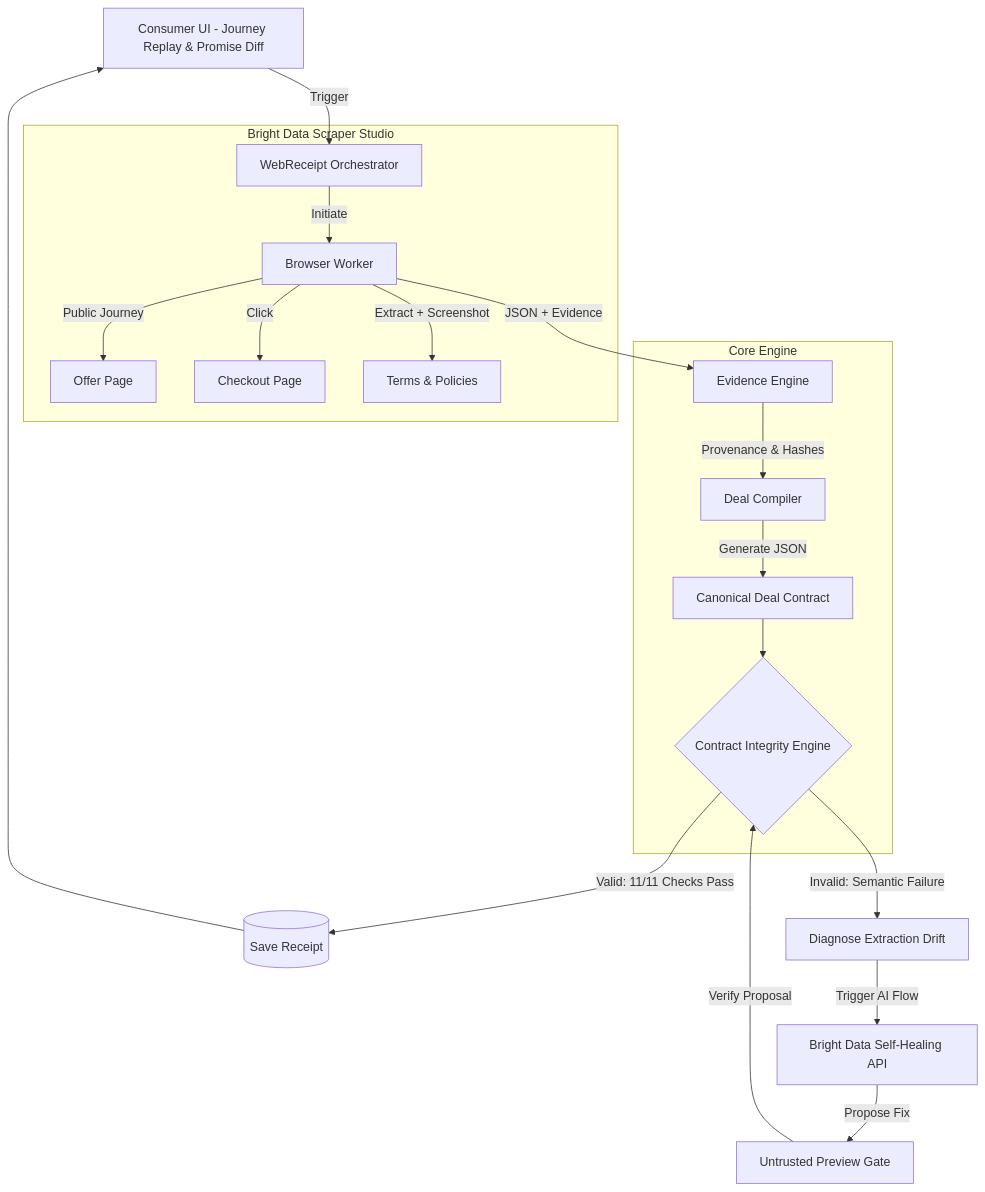
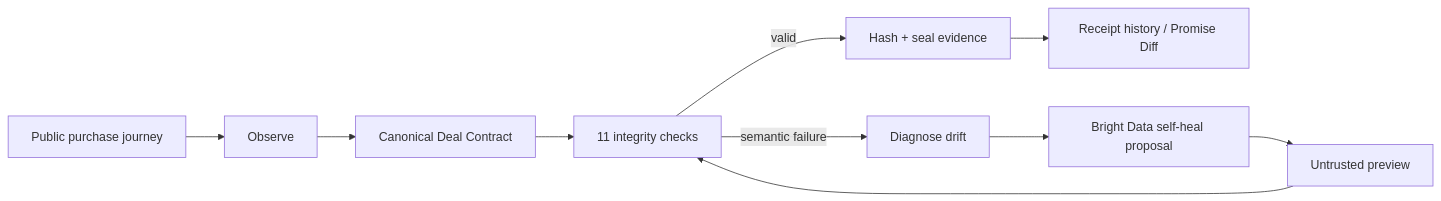
The diagram in README.md (SaiKrishna181707/webReceipt), drawn with Mermaid before and after one commit. The commit also changed other lines of this file and 3 other files, not shown here.

````diff
--- a/README.md
+++ b/README.md
@@ -17,27 +141,13 @@
 ```mermaid
-graph TD
-    UI[Consumer UI - Journey Replay & Promise Diff] --> |Trigger| ORCH[WebReceipt Orchestrator]
+flowchart LR
+    A[Public purchase journey] --> B[Observe]
+    B --> C[Canonical Deal Contract]
+    C --> D[11 integrity checks]
+    D -->|valid| E[Hash + seal evidence]
+    E --> F[Receipt history / Promise Diff]
 
-    subgraph Bright Data Scraper Studio
-        ORCH --> |Initiate| BD_BW[Browser Worker]
-        BD_BW --> |Public Journey| WEB_1[Offer Page]
-        BD_BW --> |Click| WEB_2[Checkout Page]
-        BD_BW --> |Extract + Screenshot| WEB_3[Terms & Policies]
-    end
-
-    BD_BW --> |JSON + Evidence| EV_ENG[Evidence Engine]
-
-    subgraph Core Engine
-        EV_ENG --> |Provenance & Hashes| COMPILER[Deal Compiler]
-        COMPILER --> |Generate JSON| CONTRACT[Canonical Deal Contract]
-        CONTRACT --> INTEGRITY{Contract Integrity Engine}
-    end
-
-    INTEGRITY --> |Valid: 11/11 Checks Pass| SAVE[(Save Receipt)]
-    SAVE --> UI
-
-    INTEGRITY --> |Invalid: Semantic Failure| DIAGNOSE[Diagnose Extraction Drift]
-    DIAGNOSE --> |Trigger AI Flow| BD_HEAL[Bright Data Self-Healing API]
-    BD_HEAL --> |Propose Fix| PREVIEW[Untrusted Preview Gate]
-    PREVIEW --> |Verify Proposal| INTEGRITY
+    D -->|semantic failure| G[Diagnose drift]
+    G --> H[Bright Data self-heal proposal]
+    H --> I[Untrusted preview]
+    I --> D
 ```
````
